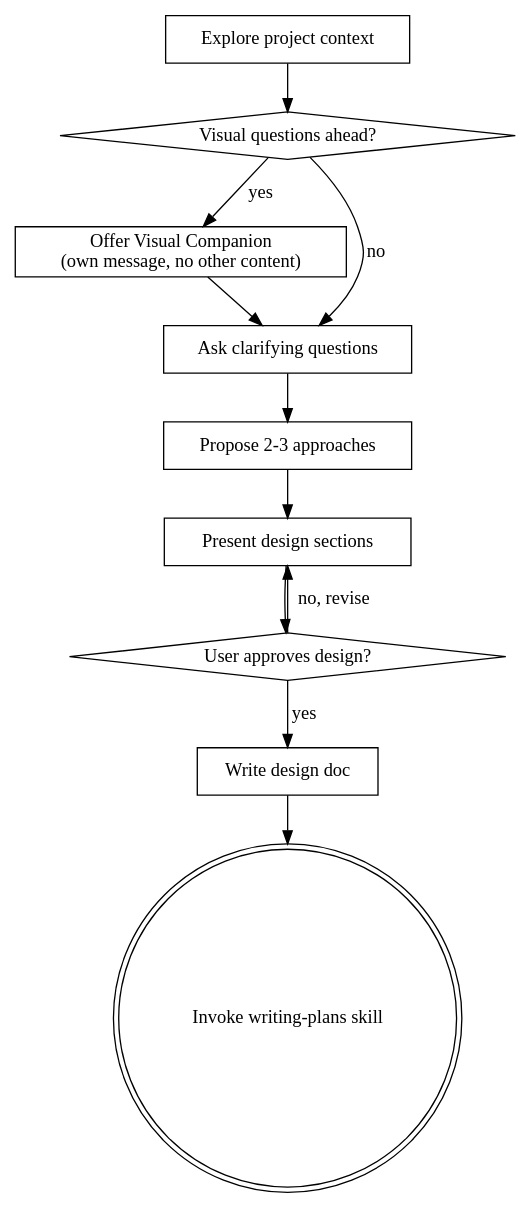
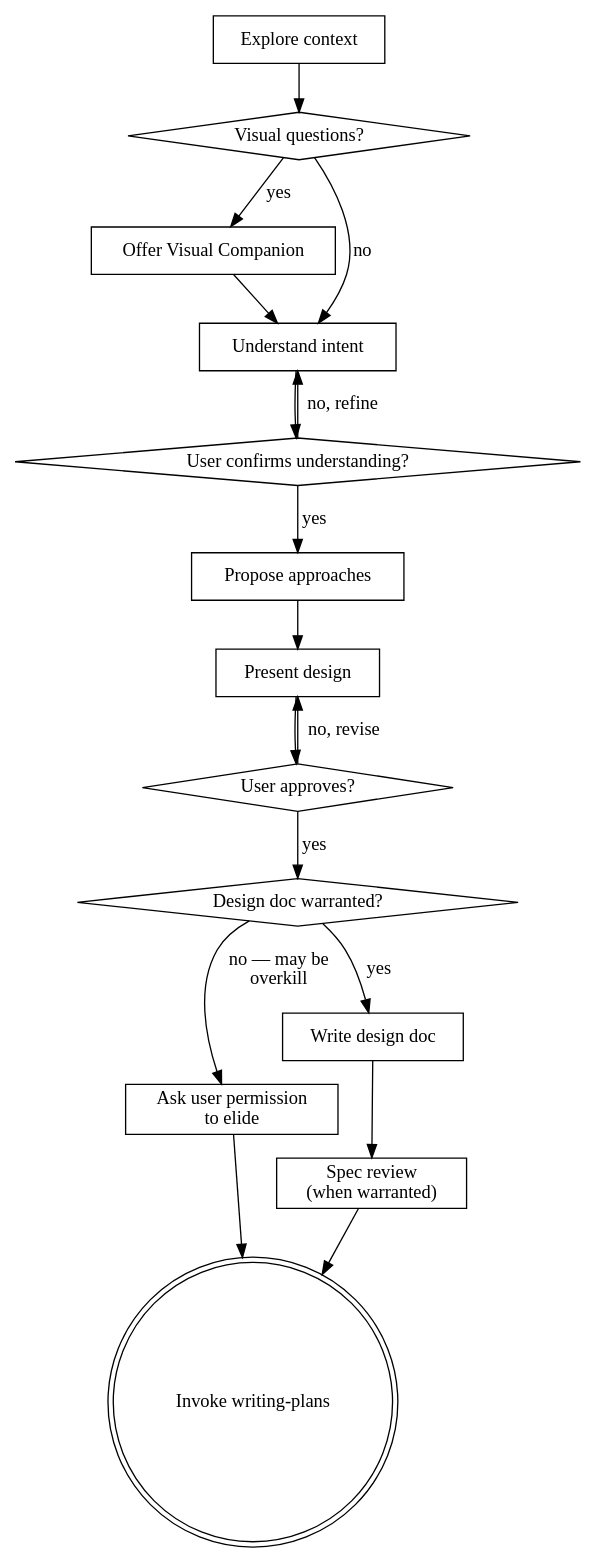
One commit to gnarzadigital/superpowers changed the diagram in skills/brainstorming/SKILL.md. Above: the diagram before and after it, drawn with Graphviz. The commit also changed other lines of this file, not shown here.

Commit message:
Scale brainstorming skill effort to task complexity
Targeted edits to original skill (not a rewrite): scaling paragraph in
Overview, hard gate reframed around confirmed understanding, anti-pattern
refocused on understanding vs ceremony, scalable checklist with GATE
wording, graphviz with decision diamonds at gates, and design doc marked
as 'when warranted'. CSO fix removes workflow summary from description.
Tested 5/5: all confirm understanding, none create rigid 6-task checklist.

````diff
--- a/skills/brainstorming/SKILL.md
+++ b/skills/brainstorming/SKILL.md
@@ -34,24 +42,34 @@
 ```dot
 digraph brainstorming {
-    "Explore project context" [shape=box];
-    "Visual questions ahead?" [shape=diamond];
-    "Offer Visual Companion\n(own message, no other content)" [shape=box];
-    "Ask clarifying questions" [shape=box];
-    "Propose 2-3 approaches" [shape=box];
-    "Present design sections" [shape=box];
-    "User approves design?" [shape=diamond];
+    "Explore context" [shape=box];
+    "Visual questions?" [shape=diamond];
+    "Offer Visual Companion" [shape=box];
+    "Understand intent" [shape=box];
+    "User confirms understanding?" [shape=diamond];
+    "Propose approaches" [shape=box];
+    "Present design" [shape=box];
+    "User approves?" [shape=diamond];
+    "Design doc warranted?" [shape=diamond];
+    "Ask user permission\nto elide" [shape=box];
     "Write design doc" [shape=box];
-    "Invoke writing-plans skill" [shape=doublecircle];
+    "Spec review\n(when warranted)" [shape=box];
+    "Invoke writing-plans" [shape=doublecircle];
 
-    "Explore project context" -> "Visual questions ahead?";
-    "Visual questions ahead?" -> "Offer Visual Companion\n(own message, no other content)" [label="yes"];
-    "Visual questions ahead?" -> "Ask clarifying questions" [label="no"];
-    "Offer Visual Companion\n(own message, no other content)" -> "Ask clarifying questions";
-    "Ask clarifying questions" -> "Propose 2-3 approaches";
-    "Propose 2-3 approaches" -> "Present design sections";
-    "Present design sections" -> "User approves design?";
-    "User approves design?" -> "Present design sections" [label="no, revise"];
-    "User approves design?" -> "Write design doc" [label="yes"];
-    "Write design doc" -> "Invoke writing-plans skill";
+    "Explore context" -> "Visual questions?";
+    "Visual questions?" -> "Offer Visual Companion" [label="yes"];
+    "Visual questions?" -> "Understand intent" [label="no"];
+    "Offer Visual Companion" -> "Understand intent";
+    "Understand intent" -> "User confirms understanding?";
+    "User confirms understanding?" -> "Understand intent" [label="no, refine"];
+    "User confirms understanding?" -> "Propose approaches" [label="yes"];
+    "Propose approaches" -> "Present design";
+    "Present design" -> "User approves?";
+    "User approves?" -> "Present design" [label="no, revise"];
+    "User approves?" -> "Design doc warranted?" [label="yes"];
+    "Design doc warranted?" -> "Write design doc" [label="yes"];
+    "Design doc warranted?" -> "Ask user permission\nto elide" [label="no — may be\noverkill"];
+    "Ask user permission\nto elide" -> "Invoke writing-plans";
+    "Write design doc" -> "Spec review\n(when warranted)";
+    "Spec review\n(when warranted)" -> "Invoke writing-plans";
 }
 ```
````
